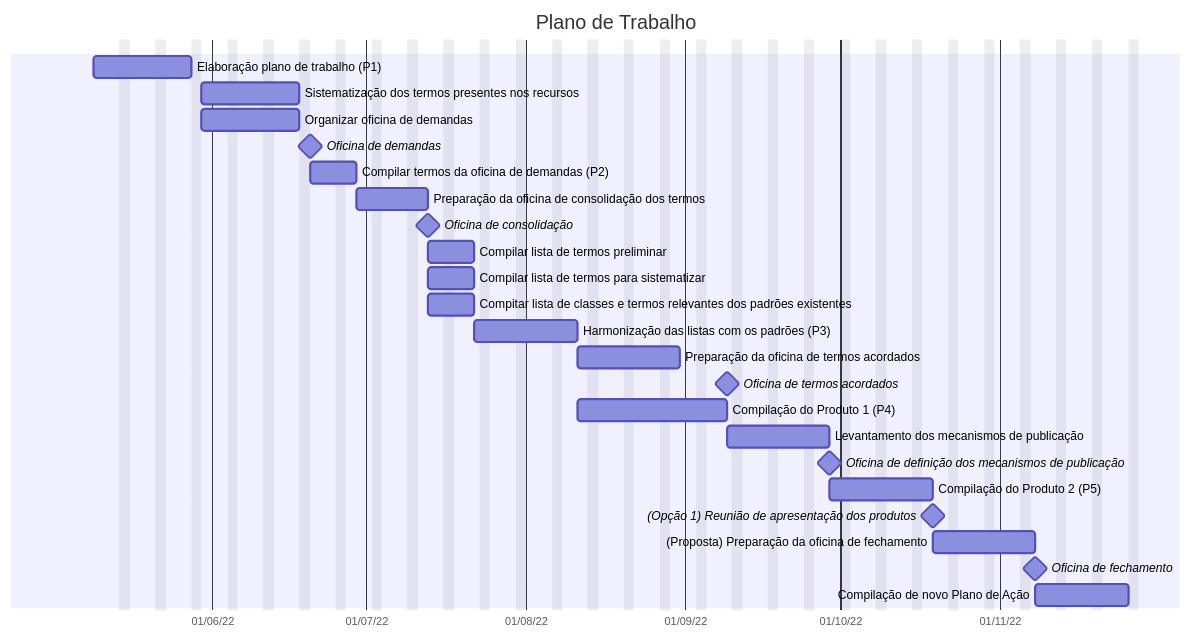
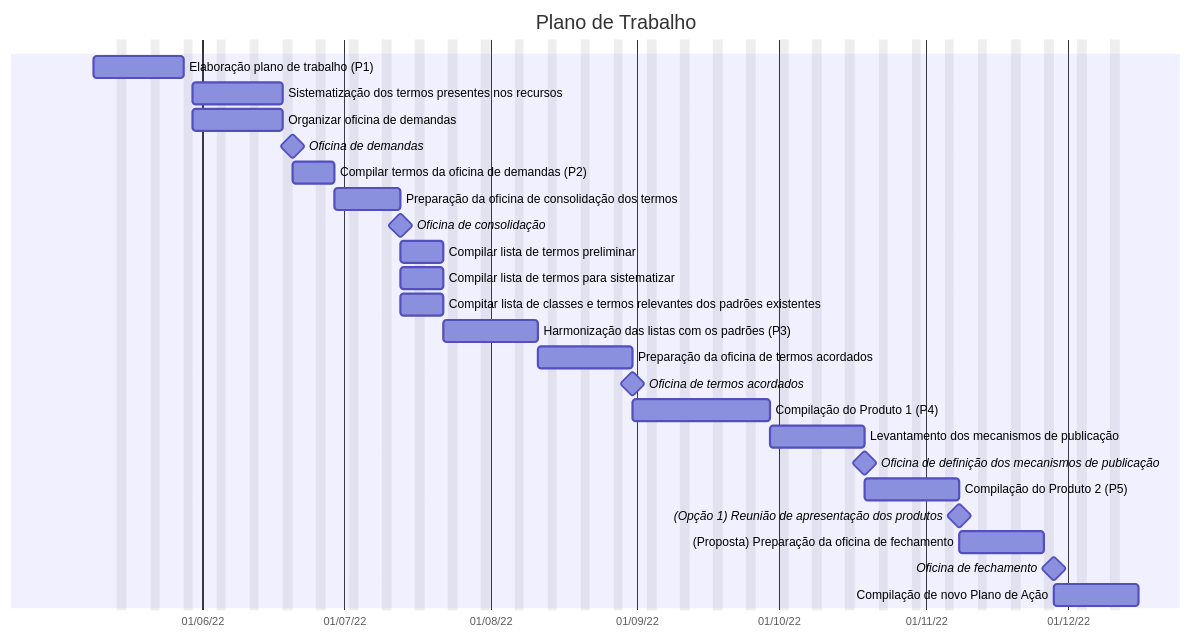
The diagram in plano-de-trabalho/gantt.md (jlanna/MMA-Ameacadas), drawn with Mermaid before and after one commit.

Commit message:
Correção de datas

````diff
--- a/plano-de-trabalho/gantt.md
+++ b/plano-de-trabalho/gantt.md
@@ -1,29 +1,29 @@
 ```mermaid
 gantt
     dateFormat DD/MM/YY
     axisFormat  %d/%m/%y
     todayMarker on
     title Plano de Trabalho
     excludes weekends
     Elaboração plano de trabalho (P1): t0, 09/05/22, 15d
     Sistematização dos termos presentes nos recursos :t1, after t0, 15d
     Organizar oficina de demandas :t2, after t0, 15d
     Oficina de demandas :milestone,0d
     Compilar termos da oficina de demandas (P2) :t3, after t2, 1w
     Preparação da oficina de consolidação dos termos :t4, after t3, 10d
     Oficina de consolidação :milestone,0d
     Compilar lista de termos preliminar :t5, after t4, 1w
     Compilar lista de termos para sistematizar :t6, after t4, 1w
     Compitar lista de classes e termos relevantes dos padrões existentes :t7, after t4, 1w
     Harmonização das listas com os padrões (P3):t8, after t5 t6 t7, 2w
     Preparação da oficina de termos acordados :t9, after t8, 2w
     Oficina de termos acordados :milestone, 0d
-    Compilação do Produto 1 (P4) :t9, after t8, 3w
-    Levantamento dos mecanismos de publicação :t10, after t9, 2w
-    Oficina de definição dos mecanismos de publicação :milestone, after t10, 0d
-    Compilação do Produto 2 (P5) :t11, after t10, 2w
+    Compilação do Produto 1 (P4) :t10, after t9, 3w
+    Levantamento dos mecanismos de publicação :t11, after t10, 2w
+    Oficina de definição dos mecanismos de publicação :milestone, 0d
+    Compilação do Produto 2 (P5) :t12, after t11, 2w
     (Opção 1) Reunião de apresentação dos produtos :milestone, 0d
-    (Proposta) Preparação da oficina de fechamento:t12, after t11, 2w
+    (Proposta) Preparação da oficina de fechamento:t13, after t12, 2w
     Oficina de fechamento :milestone, 0d
-    Compilação de novo Plano de Ação:t13, after t12, 2w
+    Compilação de novo Plano de Ação:t14, after t13, 2w
 ```
````
